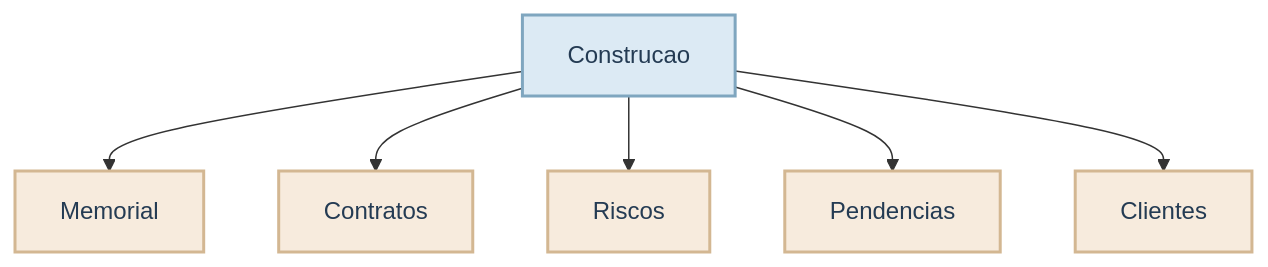
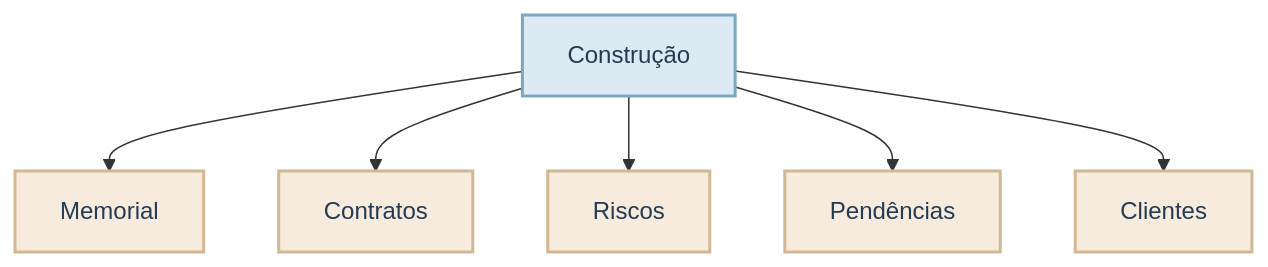
Before and after one commit to mikaelakihitto/self-study-data-science: diagram 15 of 51 in temas/introducao_pratica_ia_e_genia/estudo/aula1.qmd, drawn with Mermaid. The commit also changed other lines of this file, not shown here.

````diff
--- a/temas/introducao_pratica_ia_e_genia/estudo/aula1.qmd
+++ b/temas/introducao_pratica_ia_e_genia/estudo/aula1.qmd
@@ -366,17 +357,17 @@
 ```{mermaid}
 %%| fig-align: center
 %%| out-width: 72%
 graph TD
-    A[Construcao]
+    A[Construção]
     A --> N1[Memorial]
     A --> N2[Contratos]
     A --> N3[Riscos]
-    A --> N4[Pendencias]
+    A --> N4[Pendências]
     A --> N5[Clientes]
     %% Definicao das cores
     classDef styleAzul fill:#DCEAF4,stroke:#7FA6BF,stroke-width:2px,color:#243B53;
     classDef styleVerde fill:#E7F2E8,stroke:#90B29A,stroke-width:2px,color:#243B53;
     classDef styleAreia fill:#F7EBDD,stroke:#D3B792,stroke-width:2px,color:#243B53;
     class A styleAzul;
     class N1,N2,N3,N4,N5 styleAreia;
 ```
````
